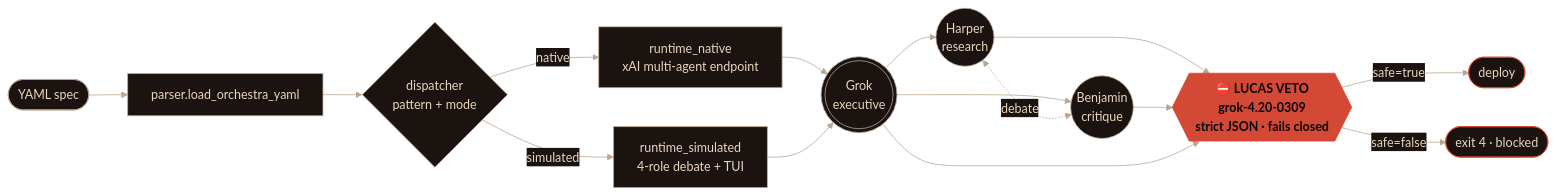
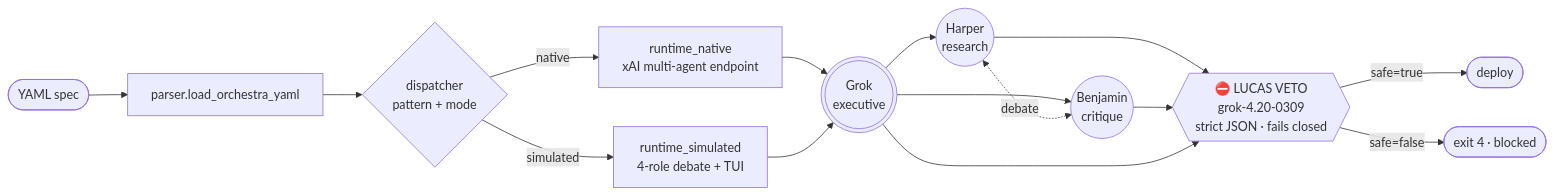
One commit to AgentMindCloud/grok-agent-orchestra changed the diagram in README.md. Above: the diagram before and after it, drawn with Mermaid. The commit also changed other lines of this file, not shown here.

````diff
--- a/README.md
+++ b/README.md
@@ -59,37 +81,18 @@
 ```mermaid
-%%{init: {'theme':'base','themeVariables':{
-  'background':'#0a0706',
-  'primaryColor':'#1a1310',
-  'primaryTextColor':'#ead5bd',
-  'primaryBorderColor':'#baa590',
-  'lineColor':'#baa590',
-  'secondaryColor':'#1a1310',
-  'tertiaryColor':'#0a0706',
-  'fontFamily':'IBM Plex Mono, ui-monospace, monospace'
-}}}%%
 flowchart LR
     YAML([YAML spec]) --> P[parser.load_orchestra_yaml]
     P --> D{dispatcher<br/>pattern + mode}
-
     D -->|native| RN[runtime_native<br/>xAI multi-agent endpoint]
     D -->|simulated| RS[runtime_simulated<br/>4-role debate + TUI]
-
     RN --> GROK(((Grok<br/>executive)))
     RS --> GROK
     GROK --> HARPER((Harper<br/>research))
     GROK --> BENJ((Benjamin<br/>critique))
     HARPER <-.debate.-> BENJ
-
     HARPER --> LUCAS
     BENJ --> LUCAS
     GROK --> LUCAS
-
     LUCAS{{"⛔ LUCAS VETO<br/>grok-4.20-0309<br/>strict JSON · fails closed"}}
     LUCAS -->|safe=true| DEPLOY([deploy])
     LUCAS -->|safe=false| BLOCK([exit 4 · blocked])
-
-    classDef veto fill:#d44936,stroke:#d44936,color:#0a0706,font-weight:bold
-    classDef exit fill:#1a1310,stroke:#d44936,color:#ead5bd
-    class LUCAS veto
-    class DEPLOY,BLOCK exit
 ```
````
